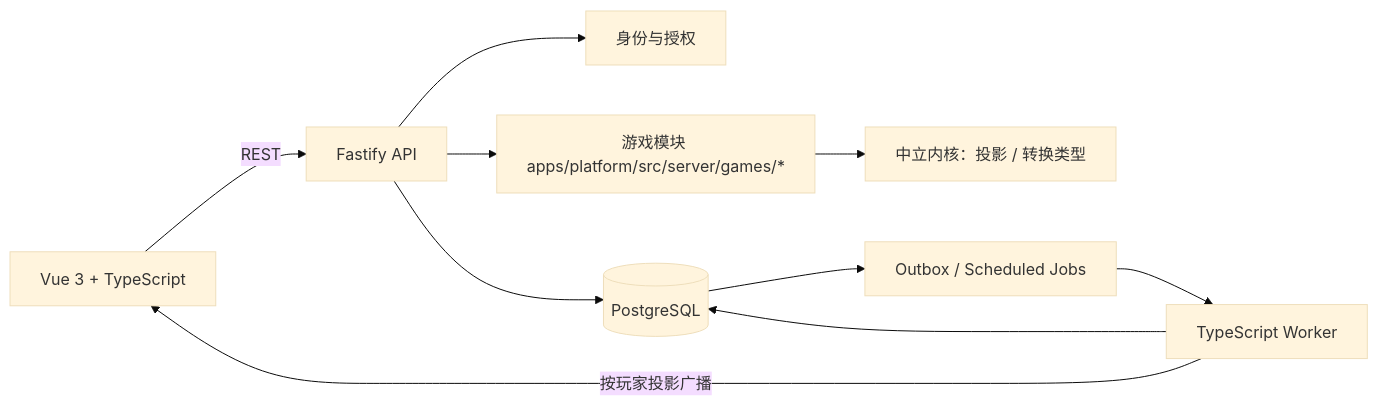
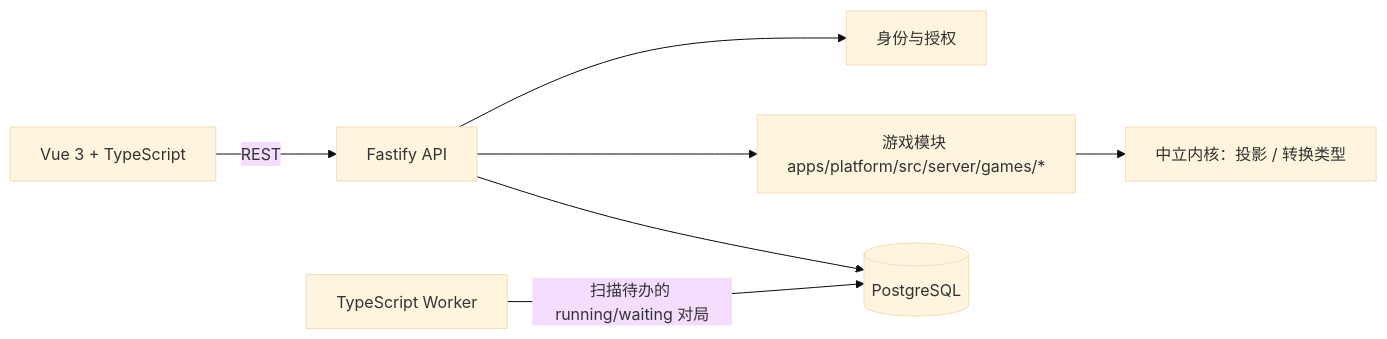
The diagram in docs/platform-migration-plan.md (Fize/vbrpg), drawn with Mermaid (base theme) before and after one commit. The commit also changed other lines of this file and 22 other files, not shown here.

````diff
--- a/docs/platform-migration-plan.md
+++ b/docs/platform-migration-plan.md
@@ -63,12 +52,9 @@
 ```mermaid
 flowchart LR
     Browser[Vue 3 + TypeScript] -->|REST| API[Fastify API]
     API --> Auth[身份与授权]
     API --> Games[游戏模块 apps/platform/src/server/games/*]
     Games --> Engine[中立内核：投影 / 转换类型]
     API --> DB[(PostgreSQL)]
-    Worker[TypeScript Worker] --> DB
-    DB --> Outbox[Outbox / Scheduled Jobs]
-    Outbox --> Worker
-    Worker -->|按玩家投影广播| Browser
+    Worker[TypeScript Worker] -->|扫描待办的 running/waiting 对局| DB
 ```
````
